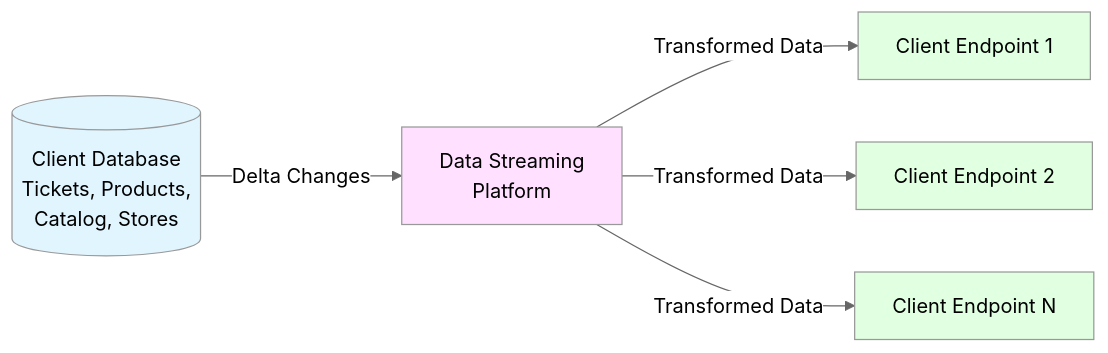
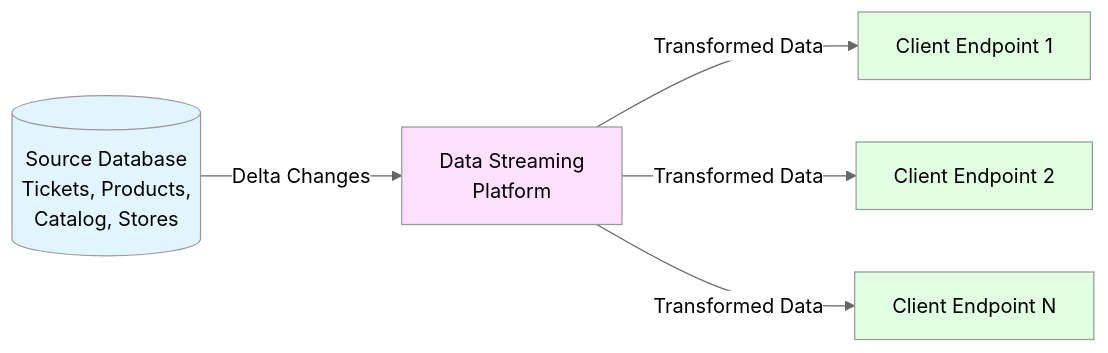
The first of 8 diagrams in docs/design/architecture-overview.md (nmusset/Retail_DataStreaming_Vibe), drawn with Mermaid (neutral theme) before and after one commit. The commit also changed 2 other files, not shown here.

Commit message:
Ask AI to fix a confusion about the location of the source databases
Thanks. There is a slight confusion about the architecture. The ETL platform will not stream data from client's database. The source databases are actually in our premise. They are currently part of applications that we provide to the client and that they use (and hence contain data specific to each client).

Although it doesn't change much in term of arcitectural decisions, we should avoid that confusion and maybe generalize to any database regardless of whether they are hosted by us, are from the same client asking for this ETL or from any other third-party.

Consider correcting the root README, the architecture overview document, and any other document that was having this confusion. Don't change their content too much, it should be matter of removing or replacing a few words or sentences.

````diff
--- a/docs/design/architecture-overview.md
+++ b/docs/design/architecture-overview.md
@@ -13,13 +13,13 @@
 ```mermaid
 graph LR
-    DB[(Client Database<br/>Tickets, Products,<br/>Catalog, Stores)] -->|Delta Changes| PLATFORM[Data Streaming<br/>Platform]
+    DB[(Source Database<br/>Tickets, Products,<br/>Catalog, Stores)] -->|Delta Changes| PLATFORM[Data Streaming<br/>Platform]
     PLATFORM -->|Transformed Data| ENDPOINT1[Client Endpoint 1]
     PLATFORM -->|Transformed Data| ENDPOINT2[Client Endpoint 2]
     PLATFORM -->|Transformed Data| ENDPOINT3[Client Endpoint N]
     
     style DB fill:#e1f5ff
     style PLATFORM fill:#ffe1ff
     style ENDPOINT1 fill:#e1ffe1
     style ENDPOINT2 fill:#e1ffe1
     style ENDPOINT3 fill:#e1ffe1
 ```
````
